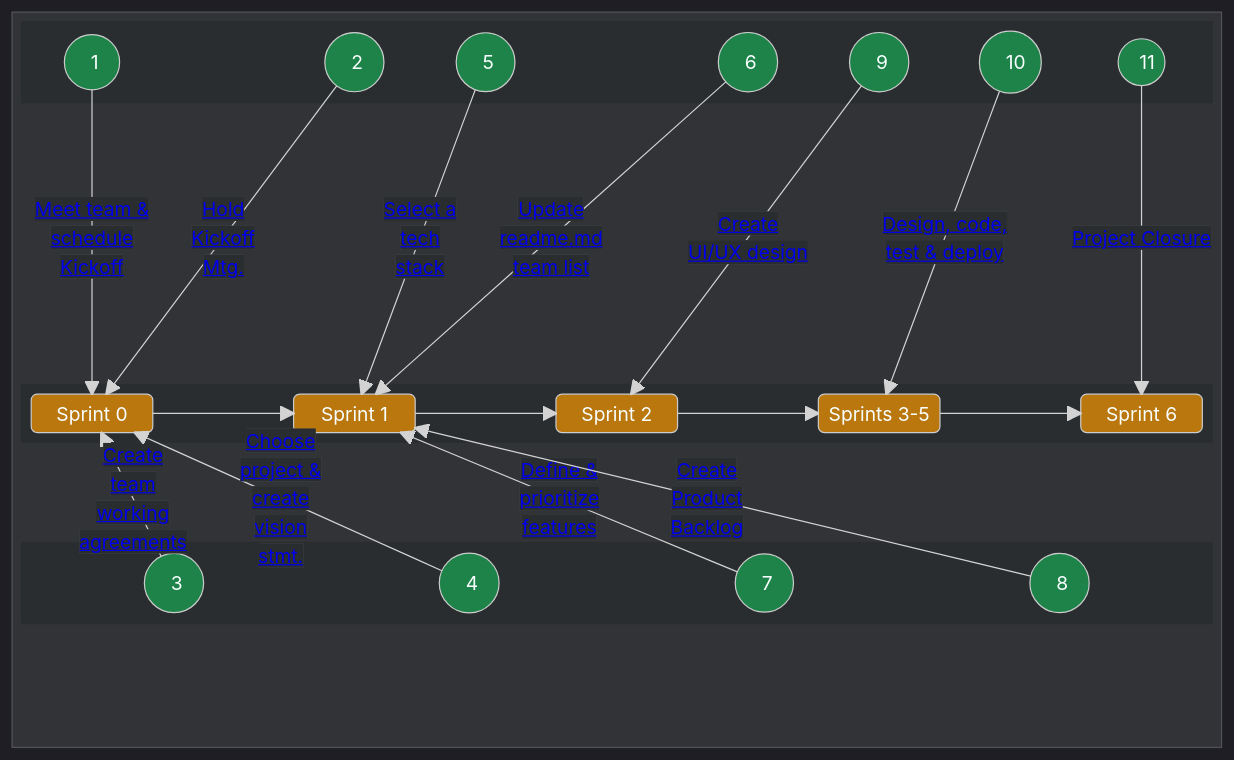
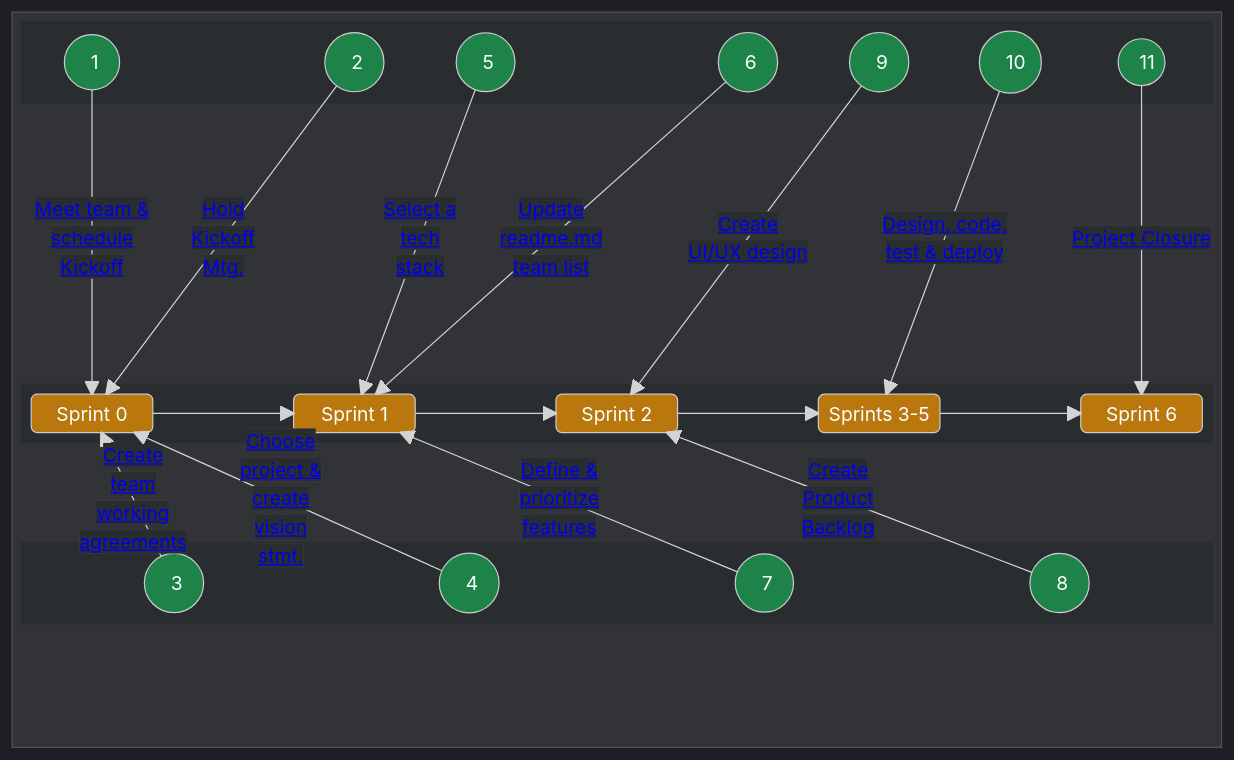
Before and after one commit to chingu-voyages/Handbook: the first of 2 diagrams in docs/guides/voyage/voyage.md, drawn with Mermaid.

Commit message:
Feature: Update sprint diagram task ordering

```diff
--- a/docs/guides/voyage/voyage.md
+++ b/docs/guides/voyage/voyage.md
@@ -113,7 +113,7 @@
       A7 -- "<a style="background-color:#292d30" href="https://github.com/chingu-voyages/Handbook/blob/main/docs/guides/voyage/voyage.md#7-define--prioritize-mvp-features-">Define &</br>prioritize</br>features</a>" --> SPRINT1
       A6 -- "<a style="background-color:#292d30" href="https://github.com/chingu-voyages/Handbook/blob/main/docs/guides/voyage/voyage.md#6-add-your-info-to-the-team-list-in-your-readmemd-%EF%B8%8F">Update</br>readme.md</br>team list<a/>" --> SPRINT1
       A5 -- "<a style="background-color:#292d30" href="https://github.com/chingu-voyages/Handbook/blob/main/docs/guides/voyage/voyage.md#5-select-a-tech-stack">Select a</br>tech</br>stack</a>" --> SPRINT1
-      A8 -- "<a style="background-color:#292d30" href="https://github.com/chingu-voyages/Handbook/blob/main/docs/guides/voyage/voyage.md#8-setup-product-backlog-">Create</br>Product</br>Backlog</a>" --> SPRINT1
+      A8 -- "<a style="background-color:#292d30" href="https://github.com/chingu-voyages/Handbook/blob/main/docs/guides/voyage/voyage.md#8-setup-product-backlog-">Create</br>Product</br>Backlog</a>" --> SPRINT2
       A9 -- "<a style="background-color:#292d30" href="https://github.com/chingu-voyages/Handbook/blob/main/docs/guides/voyage/voyage.md#9-create-a-low-fidelity-wireframe-%EF%B8%8F">Create</br>UI/UX design</a>" --> SPRINT2
       A10 -- "<a style="background-color:#292d30" href="https://github.com/chingu-voyages/Handbook/blob/main/docs/guides/voyage/voyage.md#10-sprint-3-5---reaching-your-mvp-">Design, code,</br>test & deploy</a>" --> SPRINTS35
       A11 -- "<a style="background-color:#292d30" href="https://github.com/chingu-voyages/Handbook/blob/main/docs/guides/voyage/voyage.md#11-sprint-3-5---reaching-your-mvp-">Project Closure</a>" --> SPRINT6
```
